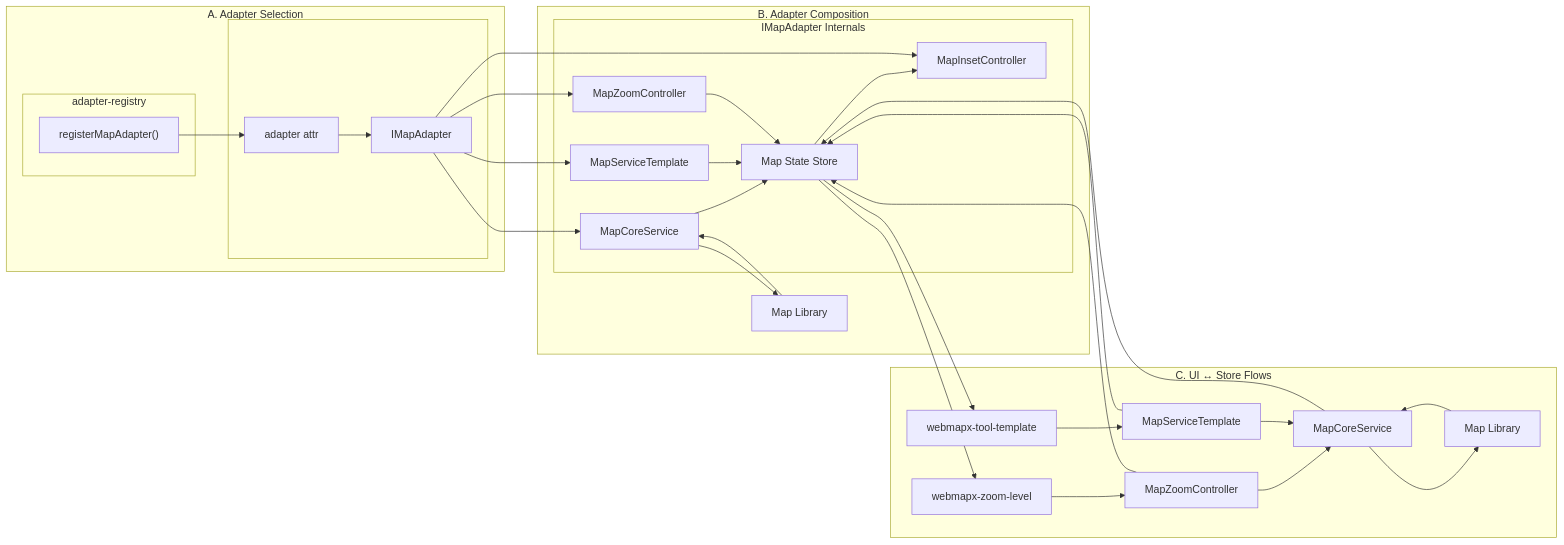
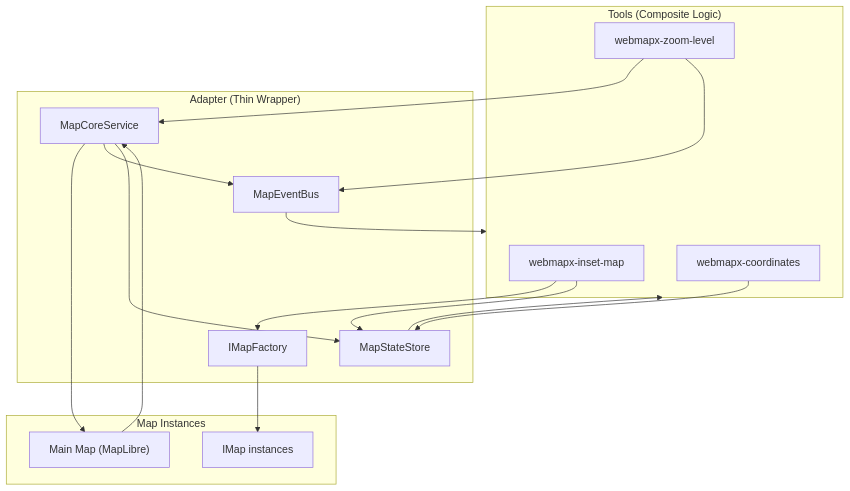
One commit to edugis-org/webmapx changed the second of 2 diagrams in docs/DEVELOPER_GUIDE.md. Above: the diagram before and after it, drawn with Mermaid. The commit also changed other lines of this file and 8 other files, not shown here.

Commit message:
refactor to thin adapter, update docs

````diff
--- a/docs/DEVELOPER_GUIDE.md
+++ b/docs/DEVELOPER_GUIDE.md
@@ -56,61 +192,40 @@
 ```mermaid
-flowchart LR
-    %% Diagram A: Adapter selection
-    subgraph A["A. Adapter Selection"]
-        subgraph Registry["adapter-registry"]
-            REG["registerMapAdapter()"]
-        end
-        subgraph MapElement["<webmapx-map>"]
-            ATTR["adapter attr"]
-            ADAPTER["IMapAdapter"]
-        end
-        REG --> ATTR
-        ATTR --> ADAPTER
+flowchart TB
+    subgraph Tools["Tools (Composite Logic)"]
+        INSET["webmapx-inset-map"]
+        ZOOM["webmapx-zoom-level"]
+        COORDS["webmapx-coordinates"]
     end
 
-    %% Diagram B: Adapter composition
-    subgraph B["B. Adapter Composition"]
-        subgraph Services["IMapAdapter Internals"]
-            MCS["MapCoreService"]
-            MST["MapServiceTemplate"]
-            MZC["MapZoomController"]
-            INSET["MapInsetController"]
-            STORE["Map State Store"]
-        end
-        MCS --> MAP["Map Library"]
-        MAP --> MCS
-        MCS --> STORE
-        MST --> STORE
-        MZC --> STORE
-        STORE --> INSET
+    subgraph Adapter["Adapter (Thin Wrapper)"]
+        FACTORY["IMapFactory"]
+        CORE["MapCoreService"]
+        EVENTS["MapEventBus"]
+        STORE["MapStateStore"]
     end
-    ADAPTER --> MCS
-    ADAPTER --> MST
-    ADAPTER --> MZC
-    ADAPTER --> INSET
 
-    %% Diagram C: UI <-> Store flows
-    subgraph C["C. UI ↔ Store Flows"]
-        ZCOMP["webmapx-zoom-level"]
-        TCOMP["webmapx-tool-template"]
-        MZC2["MapZoomController"]
-        MST2["MapServiceTemplate"]
-        MCS2["MapCoreService"]
-        MAP2["Map Library"]
+    subgraph Maps["Map Instances"]
+        MAIN["Main Map (MapLibre)"]
+        IMAP["IMap instances"]
+    end
 
-        ZCOMP --> MZC2
-        MZC2 --> MCS2
-        MCS2 --> MAP2
-        MZC2 --> STORE
-        STORE --> ZCOMP
+    %% Tools use adapter
+    INSET --> FACTORY
+    INSET --> STORE
+    ZOOM --> CORE
+    ZOOM --> EVENTS
+    COORDS --> STORE
 
-        TCOMP --> MST2
-        MST2 --> MCS2
-        MST2 --> STORE
-        STORE --> TCOMP
+    %% Factory creates maps
+    FACTORY --> IMAP
 
-        %% Map events propagated to store
-        MAP2 --> MCS2
-        MCS2 --> STORE
-    end
+    %% Core manages main map
+    CORE --> MAIN
+    MAIN --> CORE
+
+    %% Events flow
+    CORE --> EVENTS
+    CORE --> STORE
+    EVENTS --> Tools
+    STORE --> Tools
 ```
````
